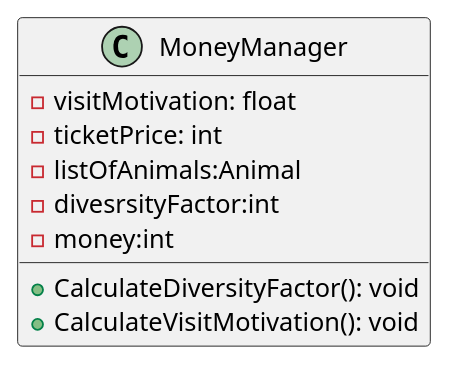
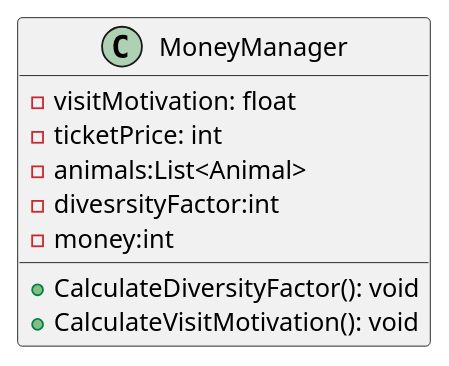
Before and after one commit to Peter-Balint/SafariGame: the diagram in class-diagram/model/money-manager.plantuml, drawn with PlantUML.

Commit message:
asdfasdf

```diff
--- a/class-diagram/model/money-manager.plantuml
+++ b/class-diagram/model/money-manager.plantuml
@@ -1,18 +1,18 @@
 @startuml
 
 class MoneyManager{
   -visitMotivation: float 
   -ticketPrice: int 
-  -listOfAnimals:Animal
+  -animals:List<Animal>
   -divesrsityFactor:int
   -money:int
   
   
 /' visitMotivation is derived from 
 ticketprice and divesrsity and overall number of animals '/
  +CalculateDiversityFactor(): void
  +CalculateVisitMotivation(): void
  
 
 }
 @enduml
```
